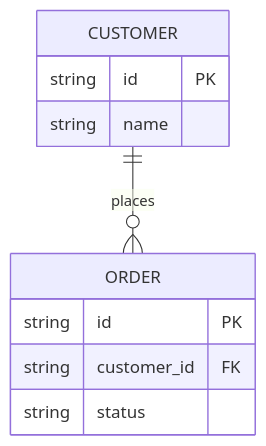
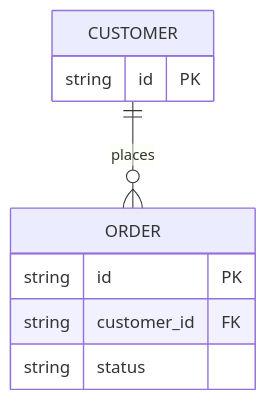
One commit to El-Sayed-Mustafa/visual-project-os changed the first of 2 diagrams in kit/.project-brain/data-model.md. Above: the diagram before and after it, drawn with Mermaid. The commit also changed other lines of this file and 26 other files, not shown here.

Commit message:
Redesign viewer and add a writing budget: diagrams first, fewer words

````diff
--- a/kit/.project-brain/data-model.md
+++ b/kit/.project-brain/data-model.md
@@ -15,13 +13,12 @@
 ```mermaid
 erDiagram
   CUSTOMER ||--o{ ORDER : places
   CUSTOMER {
     string id PK
-    string name
   }
   ORDER {
     string id PK
     string customer_id FK
     string status
   }
 ```
````
